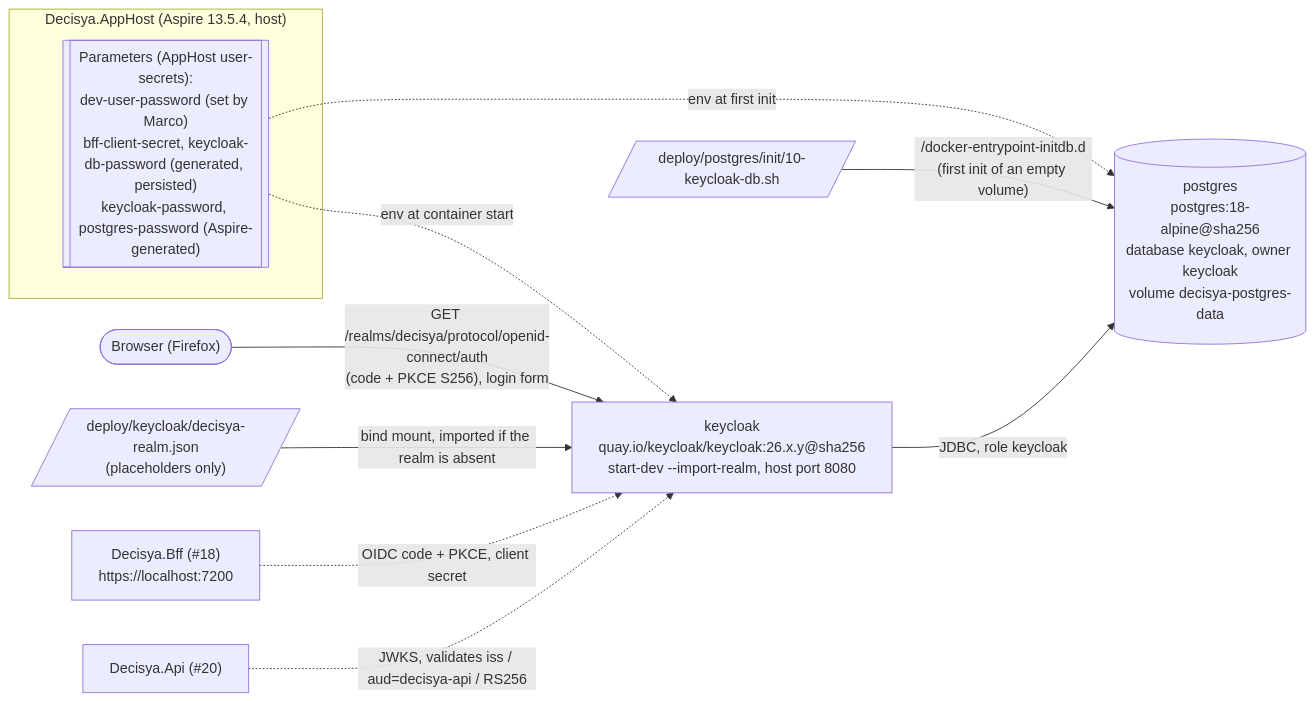
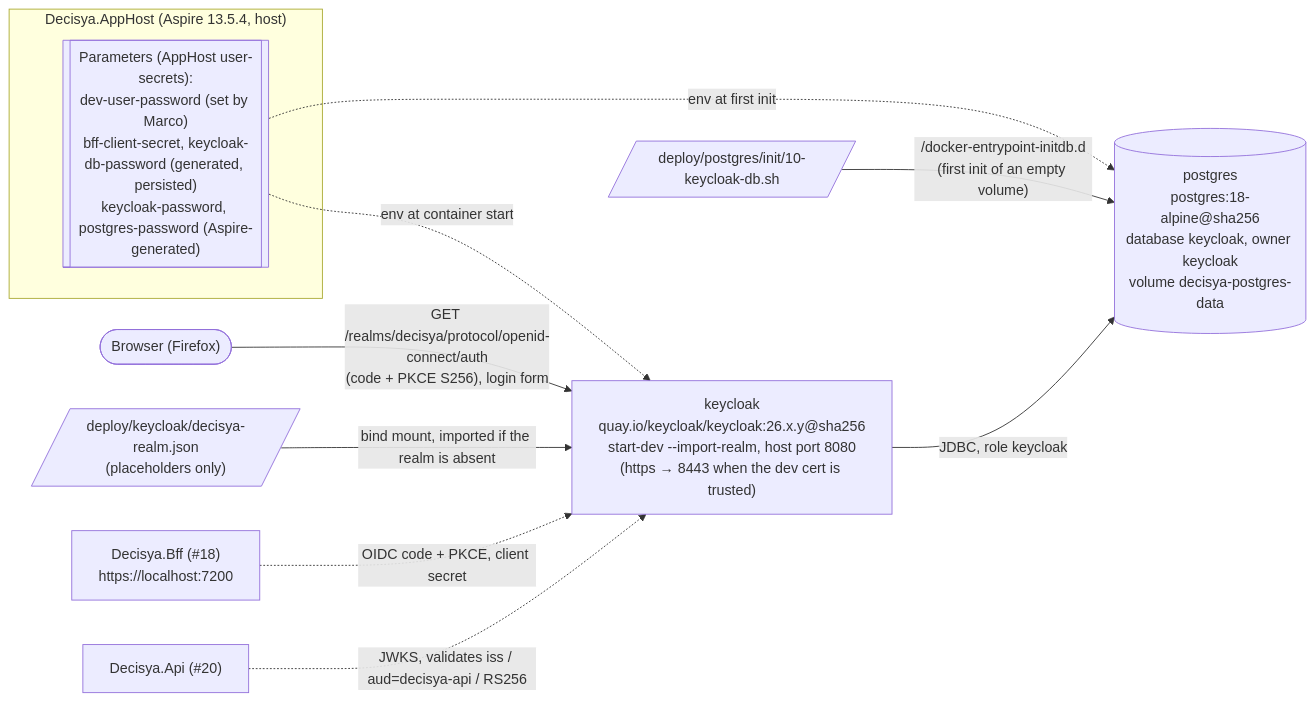
The first of 2 diagrams in docs/architecture/keycloak-realm.md (mpcs2013/decisya), drawn with Mermaid before and after one commit. The commit also changed other lines of this file and 1 other file, not shown here.

First line of the commit message:
docs(identity): https issuer under Aspire dev-cert termination

````diff
--- a/docs/architecture/keycloak-realm.md
+++ b/docs/architecture/keycloak-realm.md
@@ -31,14 +31,14 @@
 ```mermaid
 flowchart LR
   browser(["Browser (Firefox)"]) -- "GET /realms/decisya/protocol/openid-connect/auth<br/>(code + PKCE S256), login form" --> kc
   subgraph apphost["Decisya.AppHost (Aspire 13.5.4, host)"]
     params[["Parameters (AppHost user-secrets):<br/>dev-user-password (set by Marco)<br/>bff-client-secret, keycloak-db-password (generated, persisted)<br/>keycloak-password, postgres-password (Aspire-generated)"]]
   end
   params -. "env at container start" .-> kc
   params -. "env at first init" .-> pg
-  kc["keycloak<br/>quay.io/keycloak/keycloak:26.x.y@sha256<br/>start-dev --import-realm, host port 8080"] -- "JDBC, role keycloak" --> pg[("postgres<br/>postgres:18-alpine@sha256<br/>database keycloak, owner keycloak<br/>volume decisya-postgres-data")]
+  kc["keycloak<br/>quay.io/keycloak/keycloak:26.x.y@sha256<br/>start-dev --import-realm, host port 8080<br/>(https → 8443 when the dev cert is trusted)"] -- "JDBC, role keycloak" --> pg[("postgres<br/>postgres:18-alpine@sha256<br/>database keycloak, owner keycloak<br/>volume decisya-postgres-data")]
   realm[/"deploy/keycloak/decisya-realm.json<br/>(placeholders only)"/] -- "bind mount, imported if the realm is absent" --> kc
   init[/"deploy/postgres/init/10-keycloak-db.sh"/] -- "/docker-entrypoint-initdb.d<br/>(first init of an empty volume)" --> pg
   bff["Decisya.Bff (#18)<br/>https://localhost:7200"] -. "OIDC code + PKCE, client secret" .-> kc
   api["Decisya.Api (#20)"] -. "JWKS, validates iss / aud=decisya-api / RS256" .-> kc
 ```
````
